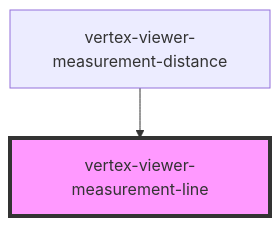
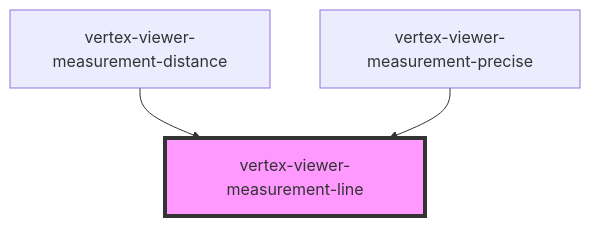
Before and after one commit to Vertexvis/vertex-web-sdk: the diagram in packages/viewer/src/components/viewer-measurement-line/readme.md, drawn with Mermaid. The commit also changed other lines of this file and 9 other files, not shown here.

````diff
--- a/packages/viewer/src/components/viewer-measurement-line/readme.md
+++ b/packages/viewer/src/components/viewer-measurement-line/readme.md
@@ -38,5 +39,6 @@
 ```mermaid
 graph TD;
   vertex-viewer-measurement-distance --> vertex-viewer-measurement-line
+  vertex-viewer-measurement-precise --> vertex-viewer-measurement-line
   style vertex-viewer-measurement-line fill:#f9f,stroke:#333,stroke-width:4px
 ```
````
